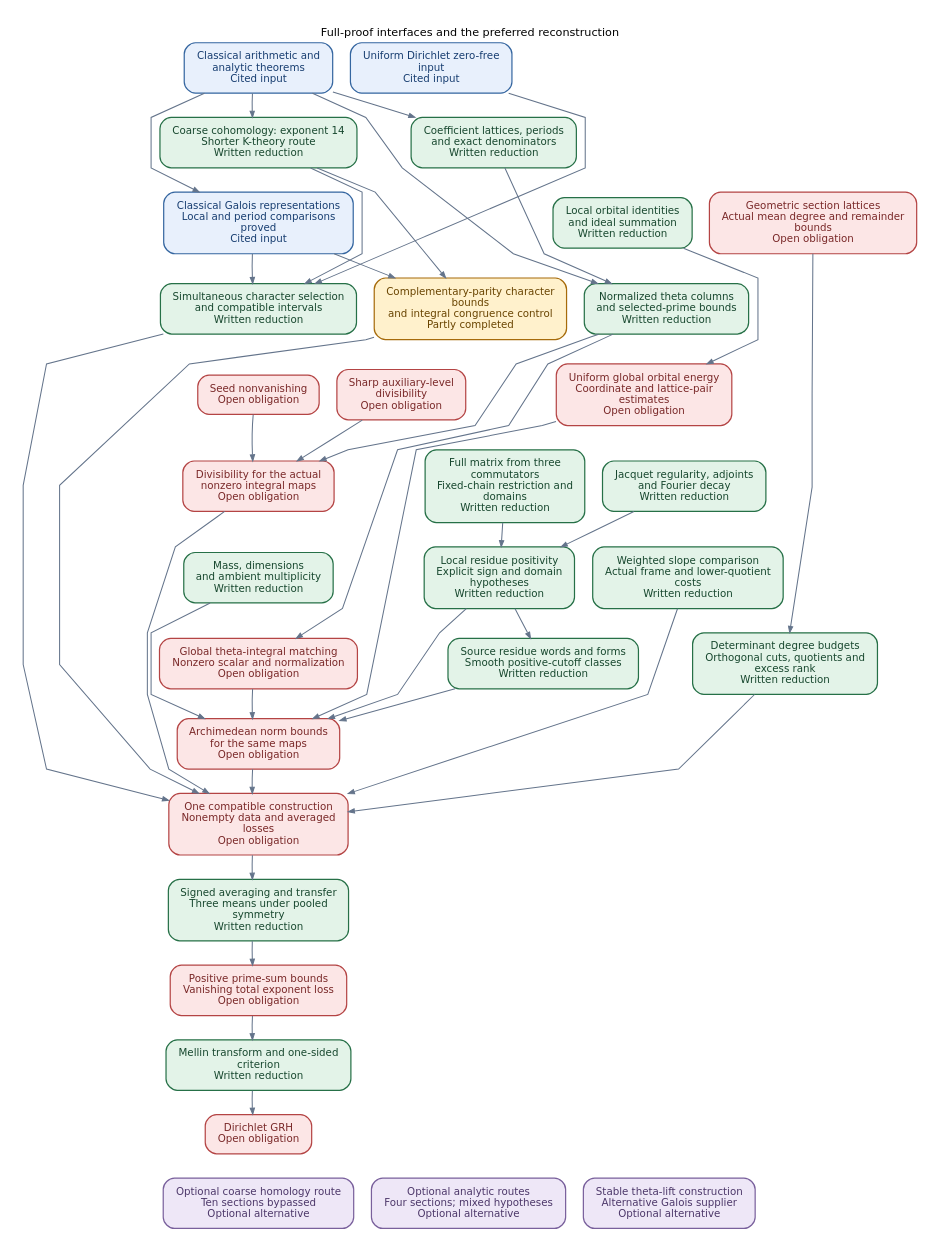
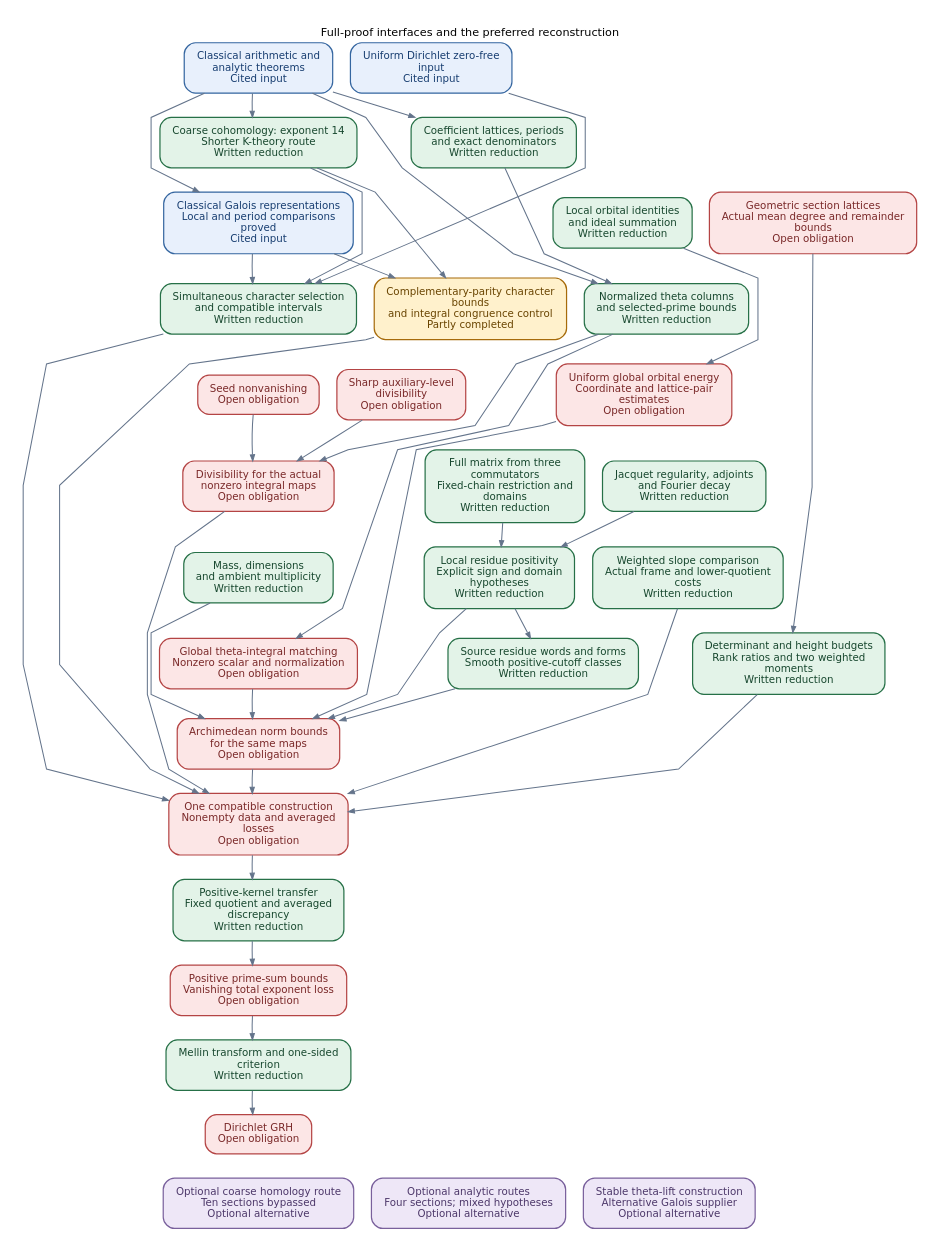
One commit to JoseBrox/GRH_distillation changed the diagram in blueprint/technical.dot. Above: the diagram before and after it, drawn with Graphviz. The commit also changed 42 other files, not shown here.

Commit message:
Integrate direct RH and quotient transfer with reviewed geometric budgets

```diff
--- a/blueprint/technical.dot
+++ b/blueprint/technical.dot
@@ -1,119 +1,119 @@
 digraph proof {
 graph [rankdir=TB, bgcolor="white", pad="0.24", nodesep="0.30", ranksep="0.48",
   fontname="DejaVu Sans", fontsize=12, labelloc=t, label="Full-proof interfaces and the preferred reconstruction", splines=polyline];
 node [shape=box, style="rounded,filled", fontname="DejaVu Sans", fontsize=11,
   margin="0.18,0.12", penwidth=1.3];
 edge [color="#64748B", penwidth=1.1, arrowsize=0.65];
 graph [nodesep="0.26", ranksep="0.36"];
 "qrh" [label="Uniform Dirichlet zero-free\ninput\nCited input", fillcolor="#E8F0FC", color="#3566A0", fontcolor="#173D70"];
 "classical" [label="Classical arithmetic and\nanalytic theorems\nCited input", fillcolor="#E8F0FC", color="#3566A0", fontcolor="#173D70"];
 "selection" [label="Simultaneous character selection\nand compatible intervals\nWritten reduction", fillcolor="#E3F3E8", color="#267047", fontcolor="#17472E"];
 "coarse" [label="Coarse cohomology: exponent 14\nShorter K-theory route\nWritten reduction", fillcolor="#E3F3E8", color="#267047", fontcolor="#17472E"];
 "refined" [label="Complementary-parity character\nbounds\nand integral congruence control\nPartly completed", fillcolor="#FFF1CC", color="#A66B0B", fontcolor="#694400"];
 "coefficients" [label="Coefficient lattices, periods\nand exact denominators\nWritten reduction", fillcolor="#E3F3E8", color="#267047", fontcolor="#17472E"];
 "theta" [label="Normalized theta columns\nand selected-prime bounds\nWritten reduction", fillcolor="#E3F3E8", color="#267047", fontcolor="#17472E"];
 "seed" [label="Seed nonvanishing\nOpen obligation", fillcolor="#FCE6E6", color="#B44444", fontcolor="#792828"];
 "level" [label="Sharp auxiliary-level\ndivisibility\nOpen obligation", fillcolor="#FCE6E6", color="#B44444", fontcolor="#792828"];
 "divisibility" [label="Divisibility for the actual\nnonzero integral maps\nOpen obligation", fillcolor="#FCE6E6", color="#B44444", fontcolor="#792828"];
 "local_orbits" [label="Local orbital identities\nand ideal summation\nWritten reduction", fillcolor="#E3F3E8", color="#267047", fontcolor="#17472E"];
 "global_orbits" [label="Uniform global orbital energy\nCoordinate and lattice-pair\nestimates\nOpen obligation", fillcolor="#FCE6E6", color="#B44444", fontcolor="#792828"];
 "dimensions" [label="Mass, dimensions\nand ambient multiplicity\nWritten reduction", fillcolor="#E3F3E8", color="#267047", fontcolor="#17472E"];
 "matrix" [label="Full matrix from three\ncommutators\nFixed-chain restriction and\ndomains\nWritten reduction", fillcolor="#E3F3E8", color="#267047", fontcolor="#17472E"];
 "jacquet" [label="Jacquet regularity, adjoints\nand Fourier decay\nWritten reduction", fillcolor="#E3F3E8", color="#267047", fontcolor="#17472E"];
 "residue" [label="Local residue positivity\nExplicit sign and domain\nhypotheses\nWritten reduction", fillcolor="#E3F3E8", color="#267047", fontcolor="#17472E"];
 "norms" [label="Archimedean norm bounds\nfor the same maps\nOpen obligation", fillcolor="#FCE6E6", color="#B44444", fontcolor="#792828"];
 "slope" [label="Weighted slope comparison\nActual frame and lower-quotient\ncosts\nWritten reduction", fillcolor="#E3F3E8", color="#267047", fontcolor="#17472E"];
 "compatible" [label="One compatible construction\nNonempty data and averaged\nlosses\nOpen obligation", fillcolor="#FCE6E6", color="#B44444", fontcolor="#792828"];
 "bound" [label="Positive prime-sum bounds\nVanishing total exponent loss\nOpen obligation", fillcolor="#FCE6E6", color="#B44444", fontcolor="#792828"];
 "criterion" [label="Mellin transform and one-sided\ncriterion\nWritten reduction", fillcolor="#E3F3E8", color="#267047", fontcolor="#17472E"];
 "grh" [label="Dirichlet GRH\nOpen obligation", fillcolor="#FCE6E6", color="#B44444", fontcolor="#792828"];
 "alt_homology" [label="Optional coarse homology route\nTen sections bypassed\nOptional alternative", fillcolor="#EEE7F7", color="#79609C", fontcolor="#4C3769"];
 "alt_analytic" [label="Optional analytic routes\nFour sections; mixed hypotheses\nOptional alternative", fillcolor="#EEE7F7", color="#79609C", fontcolor="#4C3769"];
 "galois" [label="Classical Galois representations\nLocal and period comparisons\nproved\nCited input", fillcolor="#E8F0FC", color="#3566A0", fontcolor="#173D70"];
 "stable_lift" [label="Stable theta-lift construction\nAlternative Galois supplier\nOptional alternative", fillcolor="#EEE7F7", color="#79609C", fontcolor="#4C3769"];
 "theta_identity" [label="Global theta-integral matching\nNonzero scalar and normalization\nOpen obligation", fillcolor="#FCE6E6", color="#B44444", fontcolor="#792828"];
 "geometry" [label="Geometric section lattices\nActual mean degree and remainder\nbounds\nOpen obligation", fillcolor="#FCE6E6", color="#B44444", fontcolor="#792828"];
 "source_dictionary" [label="Source residue words and forms\nSmooth positive-cutoff classes\nWritten reduction", fillcolor="#E3F3E8", color="#267047", fontcolor="#17472E"];
-"covolume_defect" [label="Determinant degree budgets\nOrthogonal cuts, quotients and\nexcess rank\nWritten reduction", fillcolor="#E3F3E8", color="#267047", fontcolor="#17472E"];
-"averaging" [label="Signed averaging and transfer\nThree means under pooled\nsymmetry\nWritten reduction", fillcolor="#E3F3E8", color="#267047", fontcolor="#17472E"];
+"covolume_defect" [label="Determinant and height budgets\nRank ratios and two weighted\nmoments\nWritten reduction", fillcolor="#E3F3E8", color="#267047", fontcolor="#17472E"];
+"averaging" [label="Positive-kernel transfer\nFixed quotient and averaged\ndiscrepancy\nWritten reduction", fillcolor="#E3F3E8", color="#267047", fontcolor="#17472E"];
 "qrh" -> "selection";
 "classical" -> "coarse";
 "coarse" -> "selection";
 "coarse" -> "refined";
 "classical" -> "coefficients";
 "classical" -> "theta";
 "coefficients" -> "theta";
 "theta" -> "divisibility";
 "seed" -> "divisibility";
 "level" -> "divisibility";
 "local_orbits" -> "global_orbits";
 "global_orbits" -> "norms";
 "dimensions" -> "norms";
 "matrix" -> "residue";
 "jacquet" -> "residue";
 "residue" -> "norms";
 "selection" -> "compatible";
 "refined" -> "compatible";
 "divisibility" -> "compatible";
 "norms" -> "compatible";
 "slope" -> "compatible";
 "bound" -> "criterion";
 "criterion" -> "grh";
 "galois" -> "selection";
 "galois" -> "refined";
 "theta" -> "theta_identity";
 "theta_identity" -> "norms";
 "residue" -> "source_dictionary";
 "source_dictionary" -> "norms";
 "geometry" -> "covolume_defect";
 "covolume_defect" -> "compatible";
 "compatible" -> "averaging";
 "averaging" -> "bound";
 "classical" -> "galois";
 {rank=same; "classical"; "qrh";}
 {rank=same; "coarse"; "coefficients";}
 {rank=same; "galois"; "local_orbits"; "geometry";}
 {rank=same; "selection"; "refined"; "theta";}
 {rank=same; "seed"; "level"; "global_orbits";}
 {rank=same; "divisibility"; "matrix"; "jacquet";}
 {rank=same; "dimensions"; "residue"; "slope";}
 {rank=same; "theta_identity"; "source_dictionary"; "covolume_defect";}
 {rank=same; "norms";}
 {rank=same; "compatible";}
 {rank=same; "averaging";}
 {rank=same; "bound";}
 {rank=same; "criterion";}
 {rank=same; "grh";}
 {rank=same; "alt_homology"; "alt_analytic"; "stable_lift";}
 // Invisible edges below control layout only; they are not proof interfaces.
 "classical" -> "qrh" [style=invis, weight=50];
 "coarse" -> "coefficients" [style=invis, weight=50];
 "galois" -> "local_orbits" [style=invis, weight=50];
 "local_orbits" -> "geometry" [style=invis, weight=50];
 "selection" -> "refined" [style=invis, weight=50];
 "refined" -> "theta" [style=invis, weight=50];
 "seed" -> "level" [style=invis, weight=50];
 "level" -> "global_orbits" [style=invis, weight=50];
 "divisibility" -> "matrix" [style=invis, weight=50];
 "matrix" -> "jacquet" [style=invis, weight=50];
 "dimensions" -> "residue" [style=invis, weight=50];
 "residue" -> "slope" [style=invis, weight=50];
 "theta_identity" -> "source_dictionary" [style=invis, weight=50];
 "source_dictionary" -> "covolume_defect" [style=invis, weight=50];
 "alt_homology" -> "alt_analytic" [style=invis, weight=50];
 "alt_analytic" -> "stable_lift" [style=invis, weight=50];
 "classical" -> "coarse" [style=invis, weight=50];
 "coarse" -> "galois" [style=invis, weight=50];
 "galois" -> "selection" [style=invis, weight=50];
 "selection" -> "seed" [style=invis, weight=50];
 "seed" -> "divisibility" [style=invis, weight=50];
 "divisibility" -> "dimensions" [style=invis, weight=50];
 "dimensions" -> "theta_identity" [style=invis, weight=50];
 "theta_identity" -> "norms" [style=invis, weight=50];
 "norms" -> "compatible" [style=invis, weight=50];
 "compatible" -> "averaging" [style=invis, weight=50];
 "averaging" -> "bound" [style=invis, weight=50];
 "bound" -> "criterion" [style=invis, weight=50];
 "criterion" -> "grh" [style=invis, weight=50];
 "grh" -> "alt_homology" [style=invis, weight=50];
 }
```
